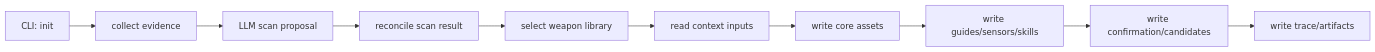
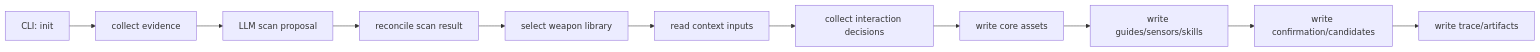
The diagram in docs/engineering/init-workflow.md (pollyan/harness-builder), drawn with Mermaid before and after one commit. The commit also changed other lines of this file and 6 other files, not shown here.

````diff
--- a/docs/engineering/init-workflow.md
+++ b/docs/engineering/init-workflow.md
@@ -31,12 +32,13 @@
 ```mermaid
 flowchart LR
   A["CLI: init"] --> B["collect evidence"]
   B --> C["LLM scan proposal"]
   C --> D["reconcile scan result"]
   D --> E["select weapon library"]
   E --> F["read context inputs"]
-  F --> G["write core assets"]
-  G --> H["write guides/sensors/skills"]
-  H --> I["write confirmation/candidates"]
-  I --> J["write trace/artifacts"]
+  F --> G["collect interaction decisions"]
+  G --> H["write core assets"]
+  H --> I["write guides/sensors/skills"]
+  I --> J["write confirmation/candidates"]
+  J --> K["write trace/artifacts"]
 ```
````
